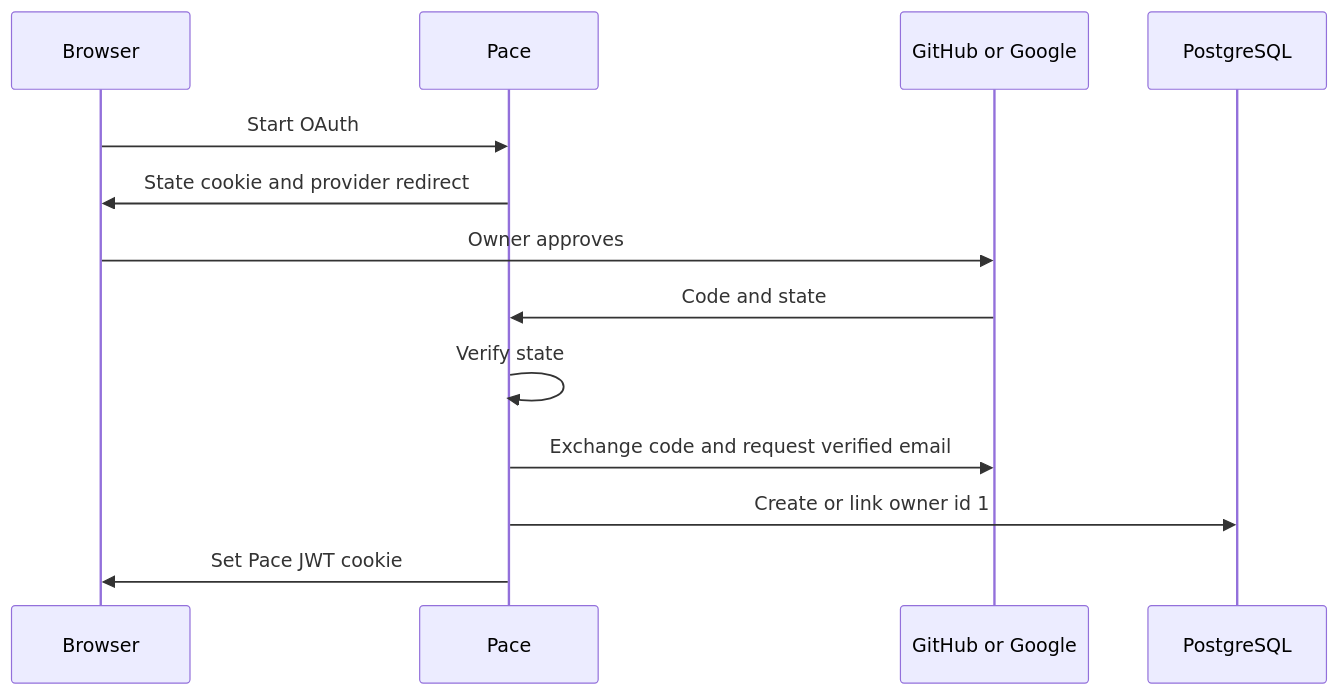
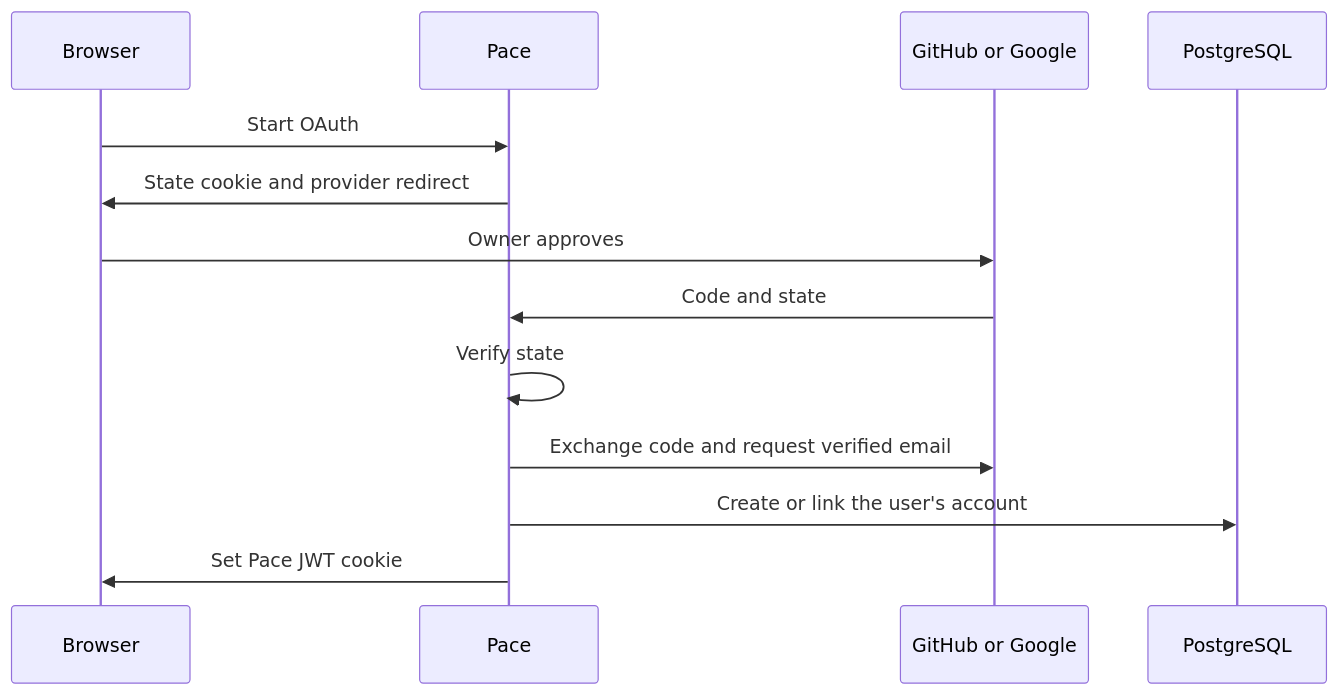
Before and after one commit to rajeev8008/Pace: the fourth of 5 diagrams in PACE_INTERVIEW_GUIDE.md, drawn with Mermaid. The commit also changed other lines of this file and 12 other files, not shown here.

````diff
--- a/PACE_INTERVIEW_GUIDE.md
+++ b/PACE_INTERVIEW_GUIDE.md
@@ -137,15 +137,15 @@
 ```mermaid
 sequenceDiagram
     participant B as Browser
     participant P as Pace
     participant O as GitHub or Google
     participant D as PostgreSQL
     B->>P: Start OAuth
     P->>B: State cookie and provider redirect
     B->>O: Owner approves
     O->>P: Code and state
     P->>P: Verify state
     P->>O: Exchange code and request verified email
-    P->>D: Create or link owner id 1
+    P->>D: Create or link the user's account
     P->>B: Set Pace JWT cookie
 ```
````
